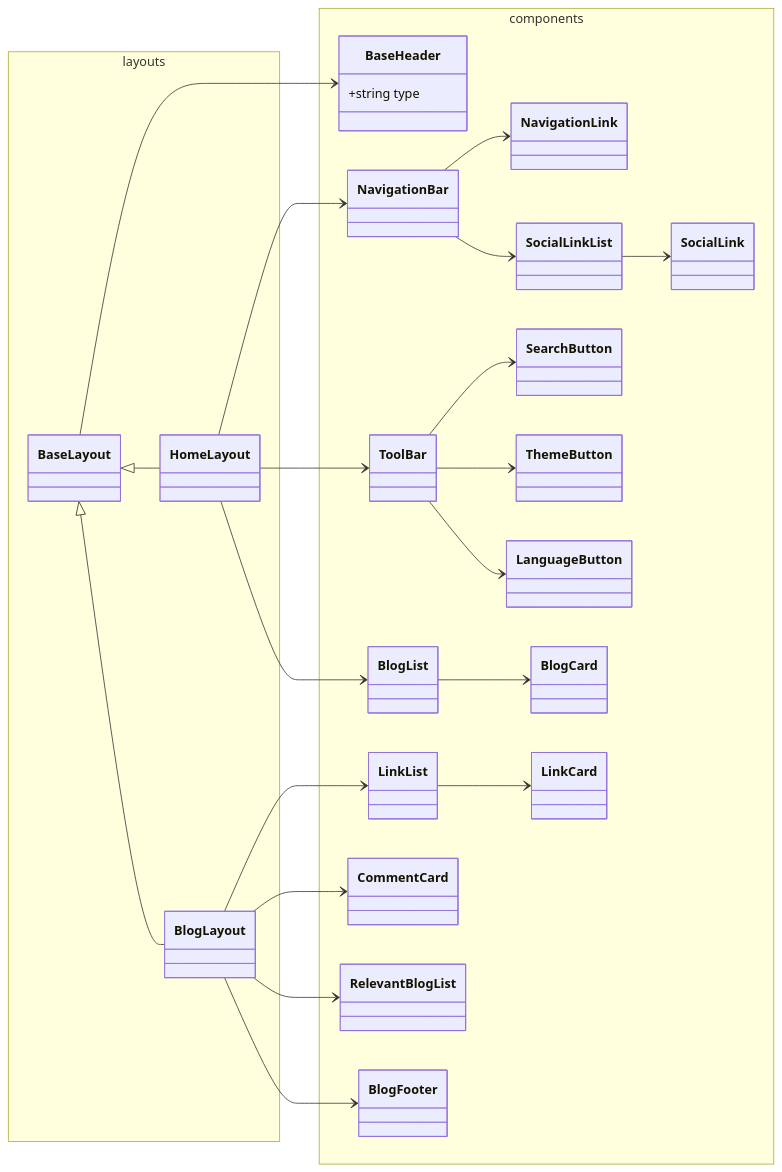
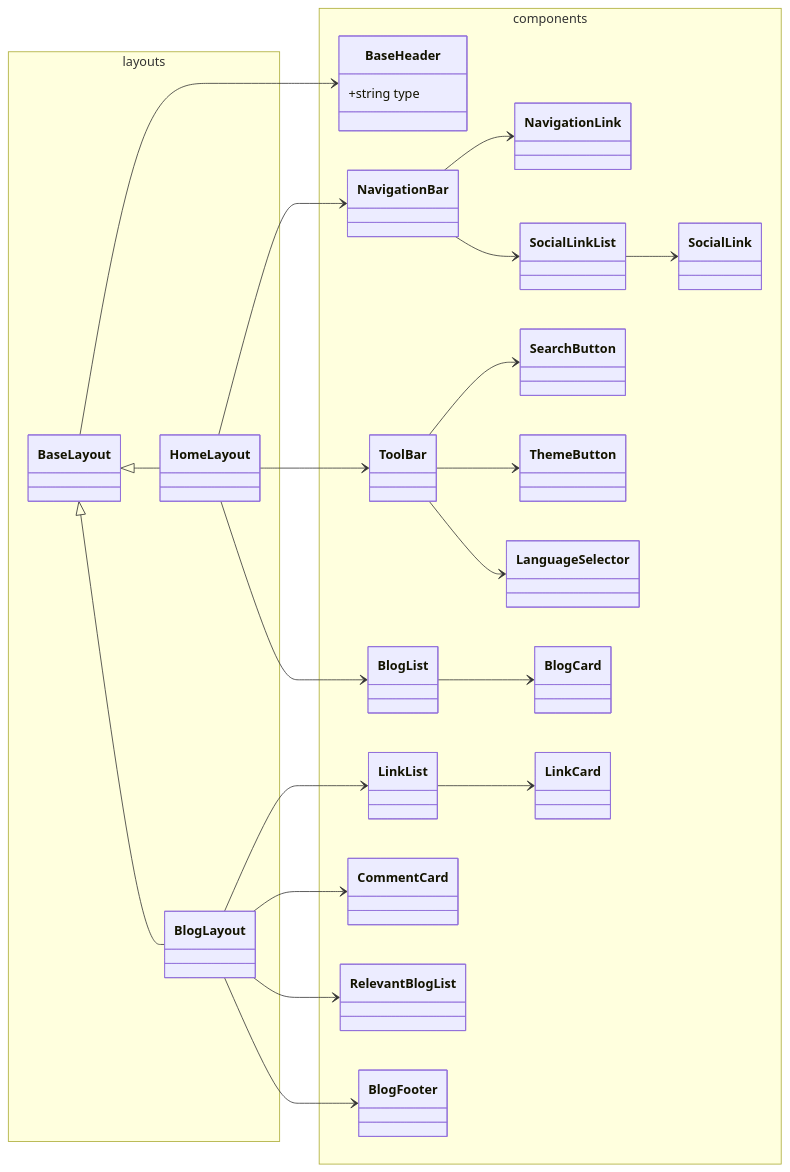
One commit to TheJiahao/TheJiahao.github.io changed the first of 2 diagrams in docs/architecture.md. Above: the diagram before and after it, drawn with Mermaid. The commit also changed 3 other files, not shown here.

Commit message:
refactor: Rename `LanguageButton` to `LanguageSelector`

````diff
--- a/docs/architecture.md
+++ b/docs/architecture.md
@@ -5,55 +5,55 @@
 ```mermaid
 classDiagram
 direction LR
 BaseLayout --> BaseHeader
 BaseLayout <|-- HomeLayout
 BaseLayout <|-- BlogLayout
 
 HomeLayout --> NavigationBar
 HomeLayout --> ToolBar
 HomeLayout --> BlogList
 
 BlogLayout --> LinkList
 BlogLayout --> CommentCard
 BlogLayout --> RelevantBlogList
 BlogLayout --> BlogFooter
 
 LinkList --> LinkCard
 
 BlogList --> BlogCard
 
 NavigationBar --> NavigationLink
 NavigationBar --> SocialLinkList
 SocialLinkList --> SocialLink
 
 ToolBar --> SearchButton
 ToolBar --> ThemeButton
-ToolBar --> LanguageButton
+ToolBar --> LanguageSelector
 
 namespace layouts {
     class HomeLayout
     class BlogLayout
     class BaseLayout
 }
 
 namespace components {
     class ToolBar
     class NavigationBar
     class NavigationLink
     class SocialLink
     class SocialLinkList
     class BlogCard
     class BlogList
     class LinkCard
     class LinkList
     class CommentCard
     class RelevantBlogList
     class SearchButton
     class ThemeButton
-    class LanguageButton
+    class LanguageSelector
     class BaseHeader {
         +string type
     }
     class BlogFooter
 }
 ```
````
